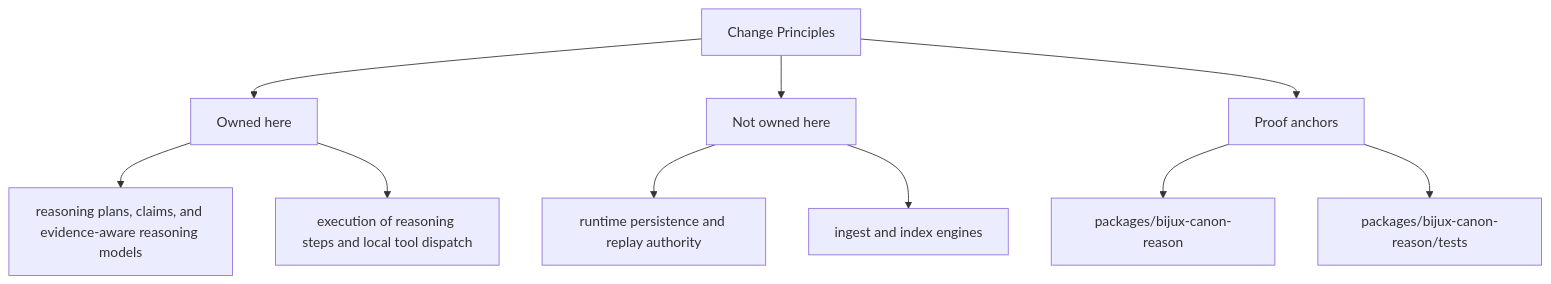
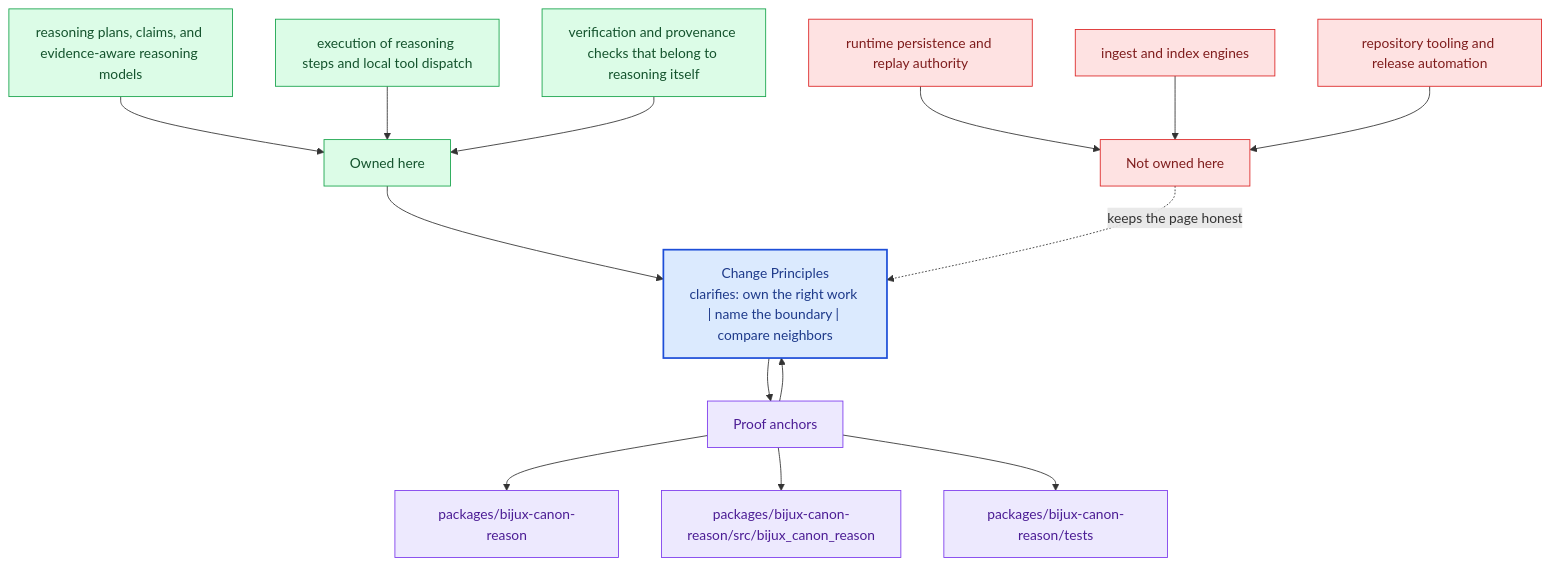
One commit to bijux/bijux-canon changed the second of 2 diagrams in docs/bijux-canon-reason/foundation/change-principles.md. Above: the diagram before and after it, drawn with Mermaid. The commit also changed other lines of this file and 281 other files, not shown here.

Commit message:
docs(diagrams): deepen handbook mermaid maps across the catalog

````diff
--- a/docs/bijux-canon-reason/foundation/change-principles.md
+++ b/docs/bijux-canon-reason/foundation/change-principles.md
@@ -36,22 +69,40 @@
 ```mermaid
-flowchart TD
-    page["Change Principles"]
+flowchart TB
+    promise["Change Principles<br/>clarifies: own the right work | name the boundary | compare neighbors"]
+    classDef promise fill:#dbeafe,stroke:#1d4ed8,color:#1e3a8a,stroke-width:2px;
+    classDef driver fill:#dcfce7,stroke:#16a34a,color:#14532d;
+    classDef constraint fill:#fee2e2,stroke:#dc2626,color:#7f1d1d;
+    classDef ground fill:#ede9fe,stroke:#7c3aed,color:#4c1d95;
     focus1["Owned here"]
-    page --> focus1
+    focus1 --> promise
     focus1_1["reasoning plans, claims, and evidence-aware reasoning models"]
-    focus1 --> focus1_1
+    focus1_1 --> focus1
     focus1_2["execution of reasoning steps and local tool dispatch"]
-    focus1 --> focus1_2
+    focus1_2 --> focus1
+    focus1_3["verification and provenance checks that belong to reasoning itself"]
+    focus1_3 --> focus1
+    class focus1 driver;
+    class focus1_1,focus1_2,focus1_3 driver;
     focus2["Not owned here"]
-    page --> focus2
+    focus2 -.keeps the page honest.-> promise
     focus2_1["runtime persistence and replay authority"]
-    focus2 --> focus2_1
+    focus2_1 --> focus2
     focus2_2["ingest and index engines"]
-    focus2 --> focus2_2
+    focus2_2 --> focus2
+    focus2_3["repository tooling and release automation"]
+    focus2_3 --> focus2
+    class focus2 constraint;
+    class focus2_1,focus2_2,focus2_3 constraint;
     focus3["Proof anchors"]
-    page --> focus3
+    focus3 --> promise
+    promise --> focus3
     focus3_1["packages/bijux-canon-reason"]
     focus3 --> focus3_1
-    focus3_2["packages/bijux-canon-reason/tests"]
+    focus3_2["packages/bijux-canon-reason/src/bijux_canon_reason"]
     focus3 --> focus3_2
+    focus3_3["packages/bijux-canon-reason/tests"]
+    focus3 --> focus3_3
+    class focus3 ground;
+    class focus3_1,focus3_2,focus3_3 ground;
+    class promise promise;
 ```
````
